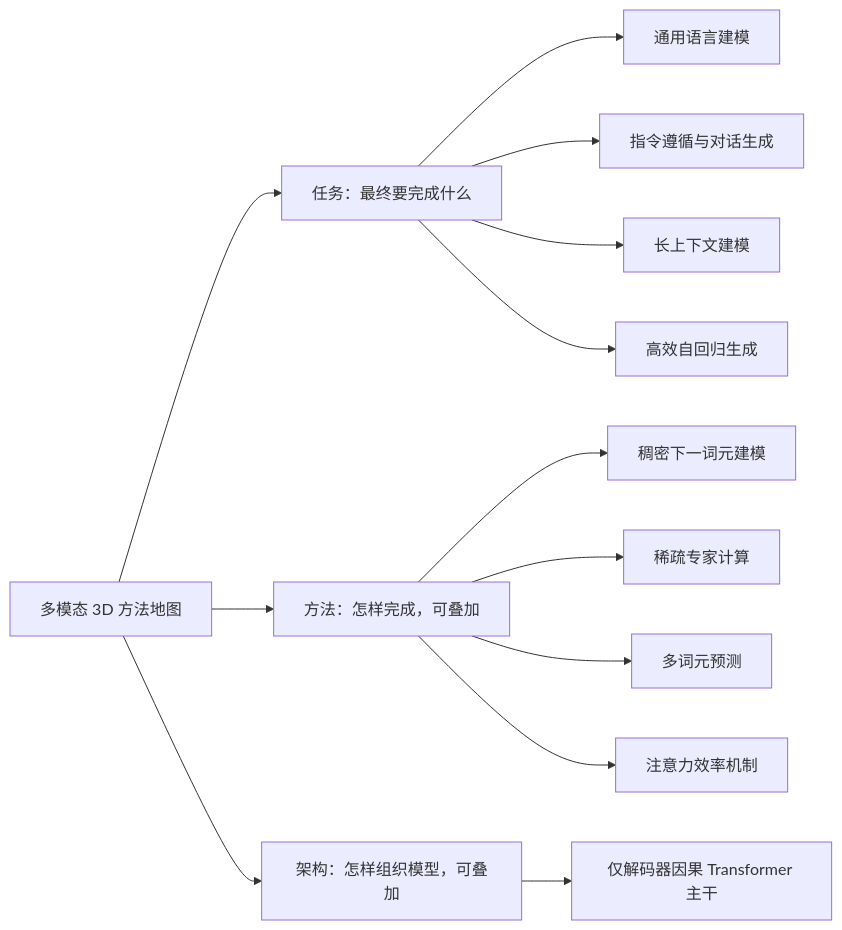
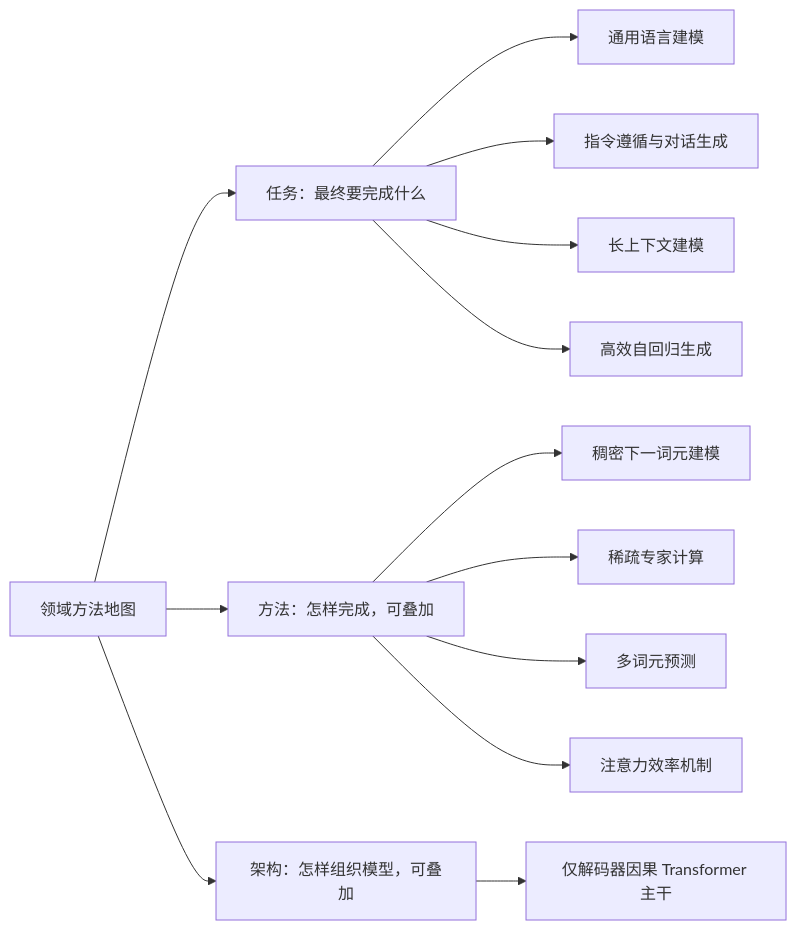
One commit to jinjianzhao/daily-papers changed the third of 11 diagrams in surveys/deepseek-main-llm-evolution-20261007/survey.md. Above: the diagram before and after it, drawn with Mermaid. The commit also changed other lines of this file and 6 other files, not shown here.

````diff
--- a/surveys/deepseek-main-llm-evolution-20261007/survey.md
+++ b/surveys/deepseek-main-llm-evolution-20261007/survey.md
@@ -67,28 +66,28 @@
 ```mermaid
 flowchart LR
-  ROOT["多模态 3D 方法地图"]
+  ROOT["领域方法地图"]
   D1["任务：最终要完成什么"]
   ROOT --> D1
   D1C1["通用语言建模"]
   D1 --> D1C1
   D1C2["指令遵循与对话生成"]
   D1 --> D1C2
   D1C3["长上下文建模"]
   D1 --> D1C3
   D1C4["高效自回归生成"]
   D1 --> D1C4
   D2["方法：怎样完成，可叠加"]
   ROOT --> D2
   D2C1["稠密下一词元建模"]
   D2 --> D2C1
   D2C2["稀疏专家计算"]
   D2 --> D2C2
   D2C3["多词元预测"]
   D2 --> D2C3
   D2C4["注意力效率机制"]
   D2 --> D2C4
   D3["架构：怎样组织模型，可叠加"]
   ROOT --> D3
   D3C1["仅解码器因果 Transformer 主干"]
   D3 --> D3C1
 ```
````
